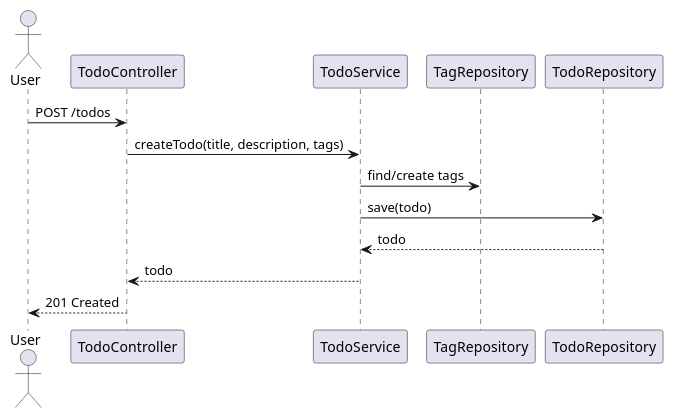
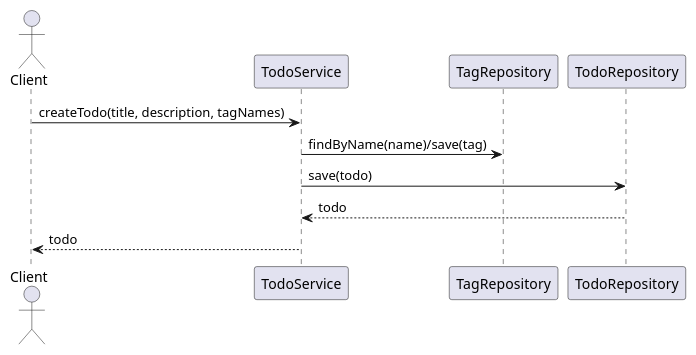
One commit to ISEP-Projects-JH/Todo changed the second of 3 diagrams in todo.puml. Above: the diagram before and after it, drawn with PlantUML. The commit also changed other lines of this file, not shown here.

First line of the commit message:
refactor(documentation): update puml diagrams to reflect refined domain and services

```diff
--- a/todo.puml
+++ b/todo.puml
@@ -95,15 +66,12 @@
 @startuml
-actor User
-participant TodoController
+actor Client
 participant TodoService
 participant TagRepository
 participant TodoRepository
 
-User -> TodoController : POST /todos
-TodoController -> TodoService : createTodo(title, description, tags)
-TodoService -> TagRepository : find/create tags
+Client -> TodoService : createTodo(title, description, tagNames)
+TodoService -> TagRepository : findByName(name)/save(tag)
 TodoService -> TodoRepository : save(todo)
 TodoRepository --> TodoService : todo
-TodoService --> TodoController : todo
-TodoController --> User : 201 Created
+TodoService --> Client : todo
 @enduml
```
